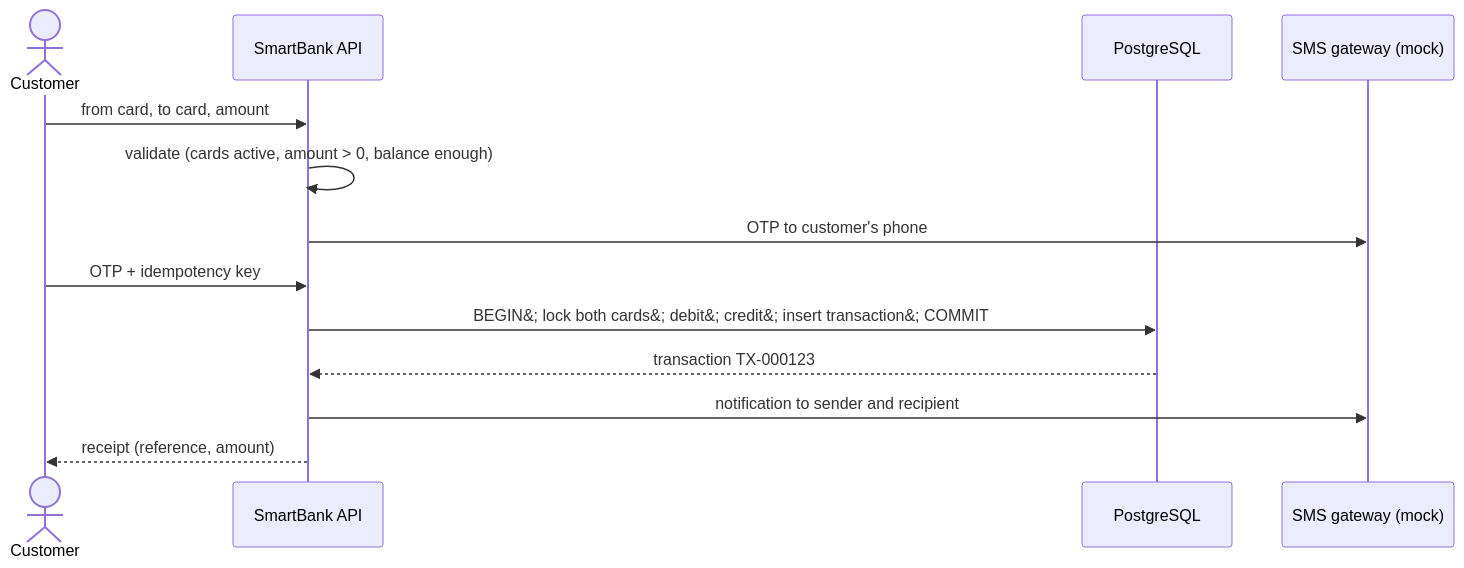
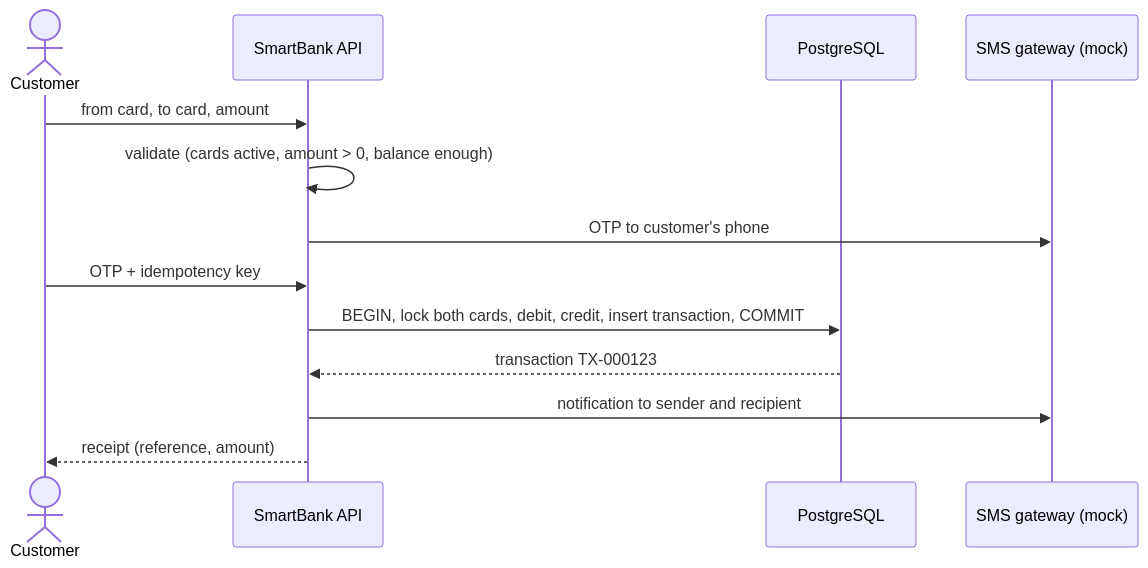
Before and after one commit to Diyor-S/BankingSystem: the third of 3 diagrams in docs/flows.md, drawn with Mermaid.

Commit message:
Fixed github syntax issue related to mermaid

````diff
--- a/docs/flows.md
+++ b/docs/flows.md
@@ -50,15 +50,15 @@
 ```mermaid
 sequenceDiagram
     actor C as Customer
     participant API as SmartBank API
     participant DB as PostgreSQL
     participant SMS as SMS gateway (mock)
     C->>API: from card, to card, amount
     API->>API: validate (cards active, amount > 0, balance enough)
     API->>SMS: OTP to customer's phone
     C->>API: OTP + idempotency key
-    API->>DB: BEGIN&#59; lock both cards&#59; debit&#59; credit&#59; insert transaction&#59; COMMIT
+    API->>DB: BEGIN, lock both cards, debit, credit, insert transaction, COMMIT
     DB-->>API: transaction TX-000123
     API->>SMS: notification to sender and recipient
     API-->>C: receipt (reference, amount)
 ```
````
